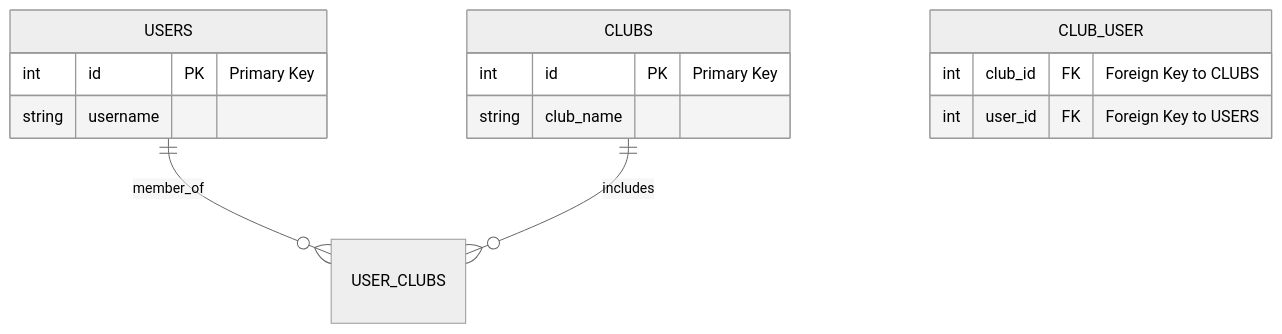
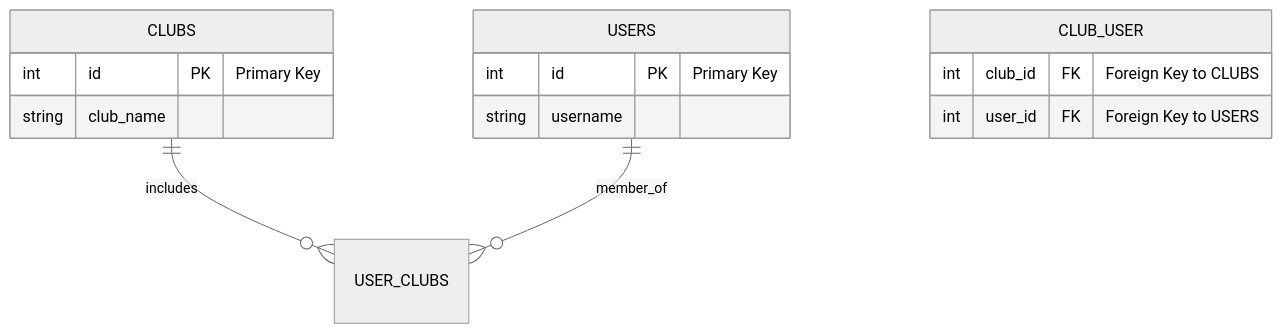
Before and after one commit to hambern/datakurser: the second of 4 diagrams in webbserverprogrammering_1/lektioner/skapa_databaser/README.md, drawn with Mermaid (neutral theme). The commit also changed other lines of this file, not shown here.

```diff
--- a/webbserverprogrammering_1/lektioner/skapa_databaser/README.md
+++ b/webbserverprogrammering_1/lektioner/skapa_databaser/README.md
@@ -156,17 +156,17 @@
 ~~~mermaid
 erDiagram
+    CLUBS ||--o{ USER_CLUBS : includes
     USERS ||--o{ USER_CLUBS : member_of
-    CLUBS ||--o{ USER_CLUBS : includes
+    CLUBS {
+        int id PK "Primary Key"
+        string club_name
+    }
     USERS {
         int id PK "Primary Key"
         string username
-    }
-    CLUBS {
-        int id PK "Primary Key"
-        string club_name
     }
     CLUB_USER {
         int club_id FK "Foreign Key to CLUBS"
         int user_id FK "Foreign Key to USERS"
     }
 ~~~
```
